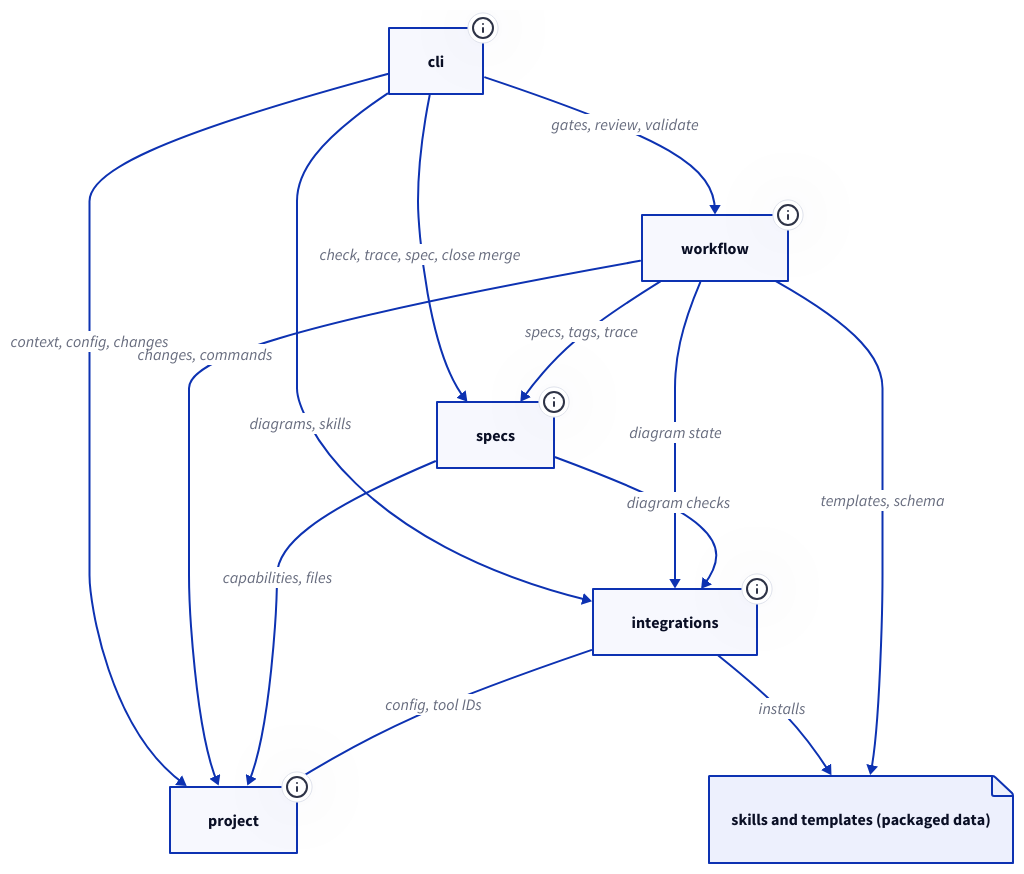
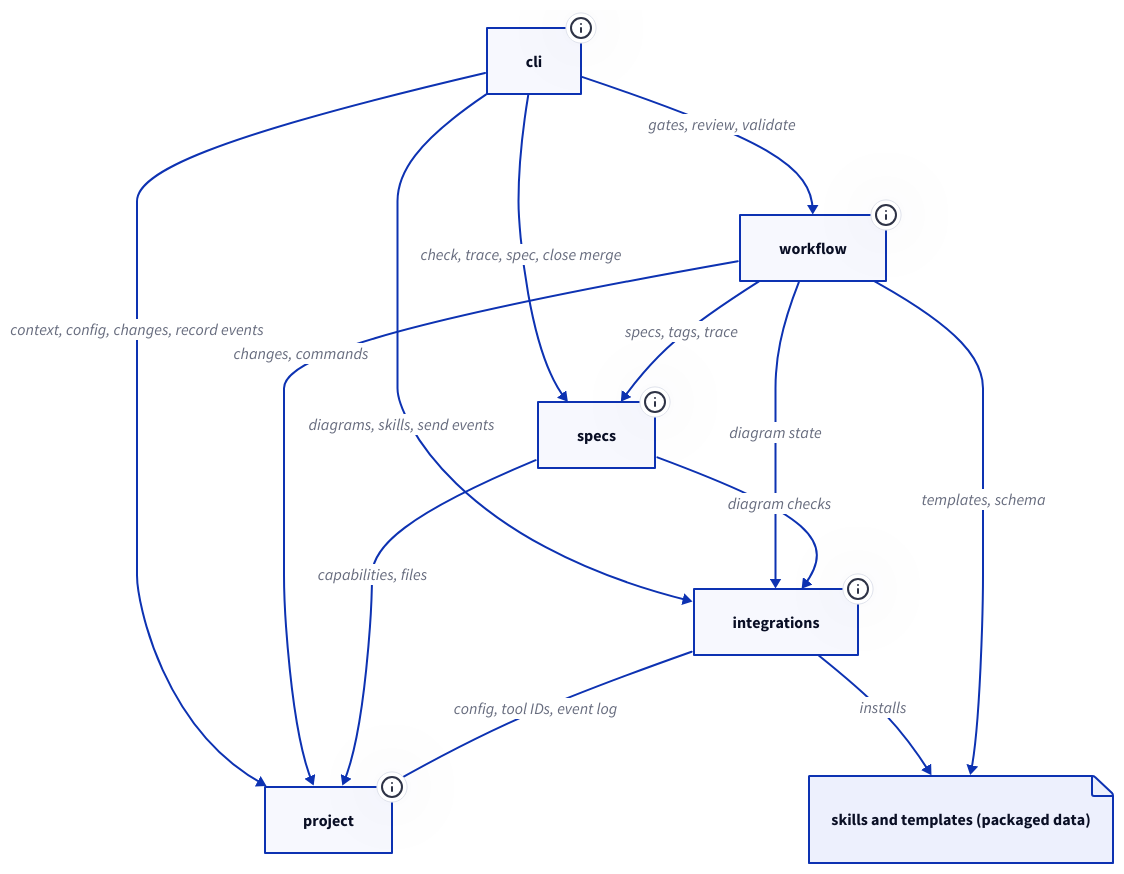
The diagram in docs/diagrams/architecture-blocks.d2 (lcmonteiro/specworks), drawn with D2 before and after one commit. The commit also changed 37 other files, not shown here.

```diff
--- a/docs/diagrams/architecture-blocks.d2
+++ b/docs/diagrams/architecture-blocks.d2
@@ -1,33 +1,33 @@
 direction: down
 
 cli: cli {
   tooltip: "src/specworks/cli: commands, --json output, errors as values"
 }
 workflow: workflow {
   tooltip: "src/specworks/workflow: artifacts, gates, review, cycles, validate"
 }
 specs: specs {
   tooltip: "src/specworks/specs: spec files, checks, tasks, trace, merge at close"
 }
 integrations: integrations {
-  tooltip: "src/specworks/tools: D2 diagrams, installing skills"
+  tooltip: "src/specworks/tools: D2 diagrams, installing skills, Langfuse"
 }
 project: project {
-  tooltip: "src/specworks/core: config, workspace, changes, runner, git"
+  tooltip: "src/specworks/core: config, workspace, changes, event log, runner, git"
 }
 skills: skills and templates (packaged data) {
   shape: page
 }
 
 cli -> workflow: gates, review, validate
 cli -> specs: check, trace, spec, close merge
-cli -> integrations: diagrams, skills
-cli -> project: context, config, changes
+cli -> integrations: diagrams, skills, send events
+cli -> project: context, config, changes, record events
 workflow -> specs: specs, tags, trace
 workflow -> project: changes, commands
 workflow -> integrations: diagram state
 specs -> project: capabilities, files
 specs -> integrations: diagram checks
-integrations -> project: config, tool IDs
+integrations -> project: config, tool IDs, event log
 integrations -> skills: installs
 workflow -> skills: templates, schema
```
